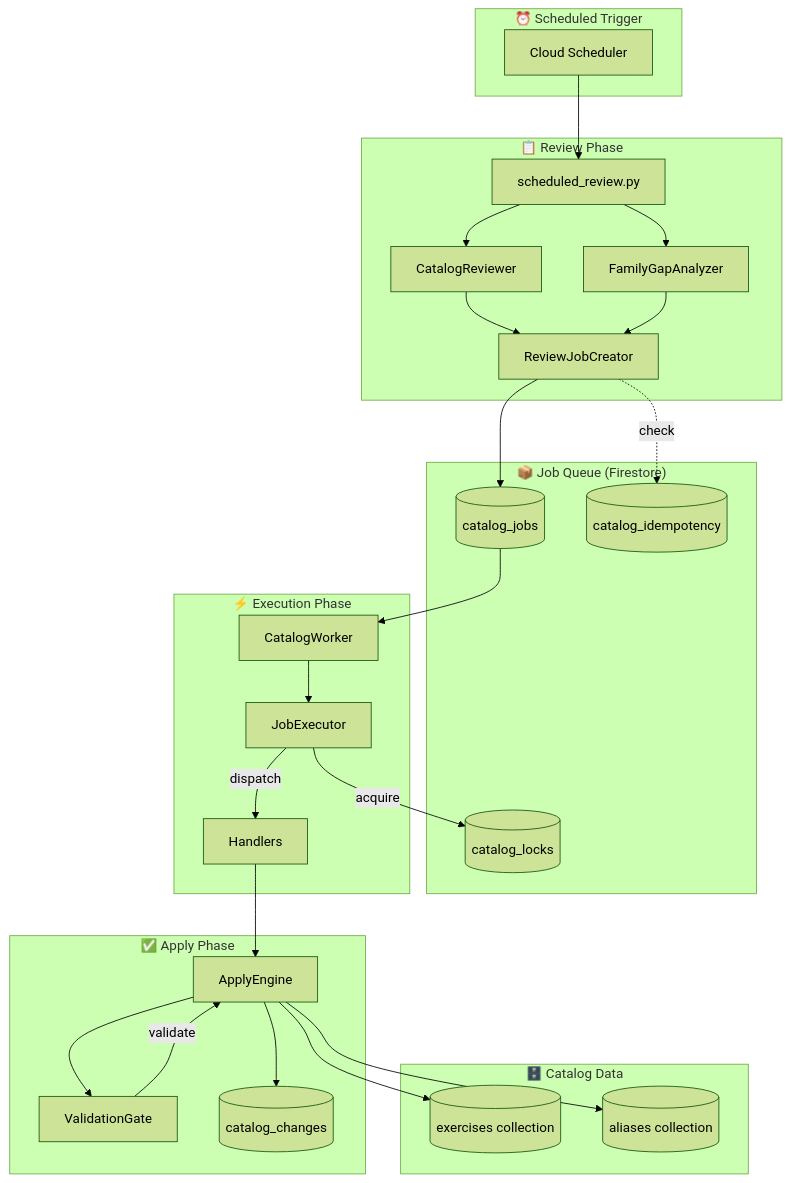
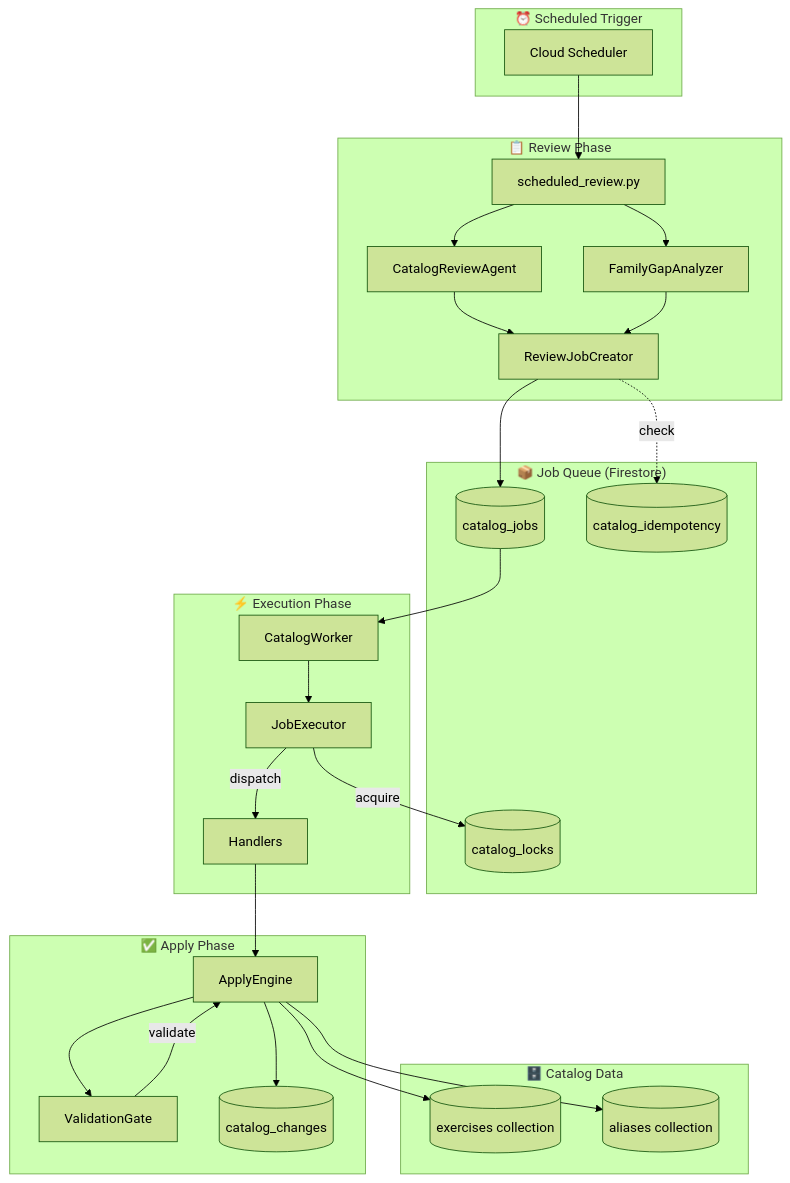
Before and after one commit to ValterAndersson/myon: the first of 12 diagrams in docs/CATALOG_ORCHESTRATOR_ARCHITECTURE.md, drawn with Mermaid (forest theme). The commit also changed other lines of this file and 11 other files, not shown here.

````diff
--- a/docs/CATALOG_ORCHESTRATOR_ARCHITECTURE.md
+++ b/docs/CATALOG_ORCHESTRATOR_ARCHITECTURE.md
@@ -16,56 +17,56 @@
 ```mermaid
 flowchart TB
     subgraph Trigger["⏰ Scheduled Trigger"]
         SCHEDULER[Cloud Scheduler]
     end
 
     subgraph Review["📋 Review Phase"]
         SCHEDULED[scheduled_review.py]
-        REVIEWER[CatalogReviewer]
+        REVIEWER[CatalogReviewAgent]
         GAP[FamilyGapAnalyzer]
         CREATOR[ReviewJobCreator]
     end
 
     subgraph Queue["📦 Job Queue (Firestore)"]
         JOBS[(catalog_jobs)]
         LOCKS[(catalog_locks)]
         IDEM[(catalog_idempotency)]
     end
 
     subgraph Execution["⚡ Execution Phase"]
         WORKER[CatalogWorker]
         EXECUTOR[JobExecutor]
         HANDLERS[Handlers]
     end
 
     subgraph Apply["✅ Apply Phase"]
         ENGINE[ApplyEngine]
         GATE[ValidationGate]
         JOURNAL[(catalog_changes)]
     end
 
     subgraph Data["🗄️ Catalog Data"]
         EXERCISES[(exercises collection)]
         ALIASES[(aliases collection)]
     end
 
     SCHEDULER --> SCHEDULED
     SCHEDULED --> REVIEWER
     SCHEDULED --> GAP
     REVIEWER --> CREATOR
     GAP --> CREATOR
     CREATOR --> JOBS
     CREATOR -.->|check| IDEM
 
     WORKER --> EXECUTOR
     EXECUTOR -->|dispatch| HANDLERS
     EXECUTOR -->|acquire| LOCKS
     JOBS --> WORKER
 
     HANDLERS --> ENGINE
     ENGINE --> GATE
     GATE -->|validate| ENGINE
     ENGINE --> JOURNAL
     ENGINE --> EXERCISES
     ENGINE --> ALIASES
 ```
````
